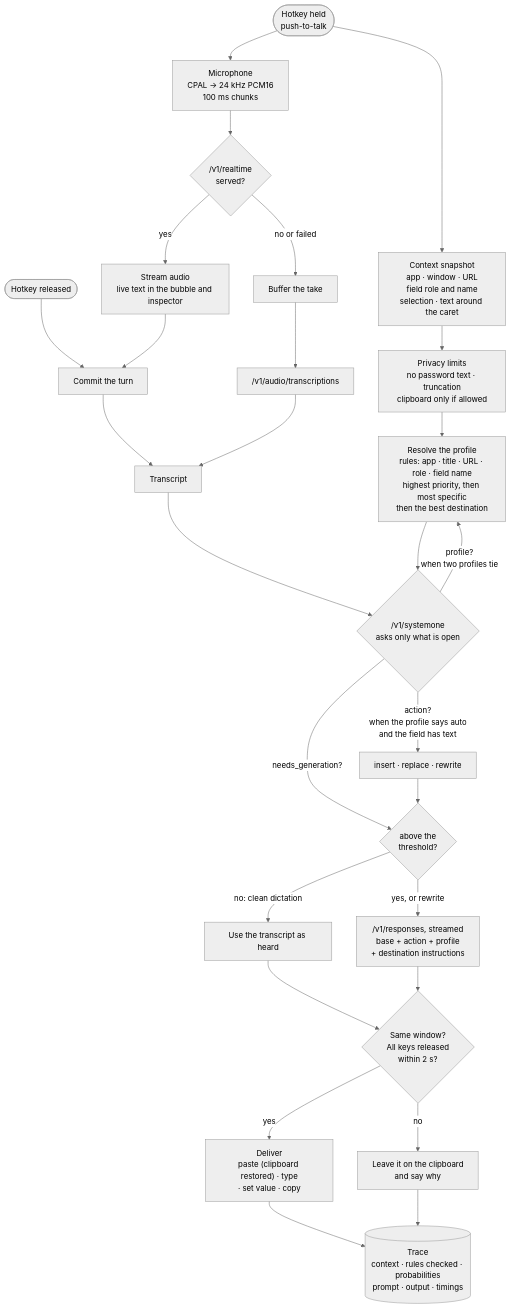
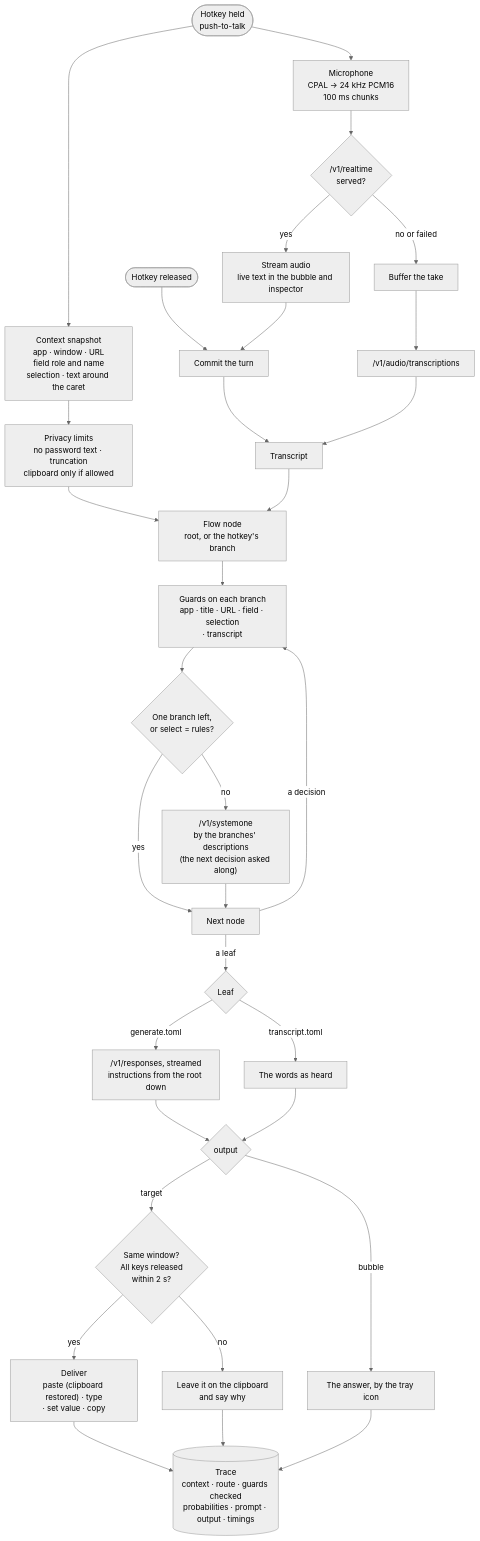
One commit to zojeda/jevons-rs changed the first of 2 diagrams in crates/jevons-desktop/README.md. Above: the diagram before and after it, drawn with Mermaid (neutral theme). The commit also changed other lines of this file and 35 other files, not shown here.

````diff
--- a/crates/jevons-desktop/README.md
+++ b/crates/jevons-desktop/README.md
@@ -31,37 +31,40 @@
 ```mermaid
 flowchart TD
     press(["Hotkey held<br/>push-to-talk"])
     press --> snapshot["Context snapshot<br/>app · window · URL<br/>field role and name<br/>selection · text around the caret"]
     press --> mic["Microphone<br/>CPAL → 24 kHz PCM16<br/>100 ms chunks"]
 
     snapshot --> privacy["Privacy limits<br/>no password text · truncation<br/>clipboard only if allowed"]
 
     mic --> realtime{"/v1/realtime<br/>served?"}
     realtime -- yes --> stream["Stream audio<br/>live text in the bubble and inspector"]
     realtime -- "no or failed" --> buffer["Buffer the take"]
     release(["Hotkey released"]) --> commit
     stream --> commit["Commit the turn"]
     buffer --> upload["/v1/audio/transcriptions"]
     commit --> transcript["Transcript"]
     upload --> transcript
 
-    privacy --> resolve["Resolve the profile<br/>rules: app · title · URL · role · field name<br/>highest priority, then most specific<br/>then the best destination"]
-    transcript --> decide
-    resolve --> decide{"/v1/systemone<br/>asks only what is open"}
+    privacy --> node
+    transcript --> node["Flow node<br/>root, or the hotkey's branch"]
+    node --> guards["Guards on each branch<br/>app · title · URL · field · selection<br/>· transcript"]
+    guards --> choose{"One branch left,<br/>or select = rules?"}
+    choose -- yes --> next["Next node"]
+    choose -- "no" --> systemone["/v1/systemone<br/>by the branches' descriptions<br/>(the next decision asked along)"]
+    systemone --> next
+    next -- "a decision" --> guards
+    next -- "a leaf" --> leaf{"Leaf"}
 
-    decide -- "action?<br/>when the profile says auto<br/>and the field has text" --> action["insert · replace · rewrite"]
-    decide -- "needs_generation?" --> needs{"above the<br/>threshold?"}
-    decide -- "profile?<br/>when two profiles tie" --> resolve
-
-    action --> needs
-    needs -- "no: clean dictation" --> raw["Use the transcript as heard"]
-    needs -- "yes, or rewrite" --> generate["/v1/responses, streamed<br/>base + action + profile<br/>+ destination instructions"]
-
-    raw --> safe
-    generate --> safe{"Same window?<br/>All keys released<br/>within 2 s?"}
+    leaf -- "generate.toml" --> generate["/v1/responses, streamed<br/>instructions from the root down"]
+    leaf -- "transcript.toml" --> raw["The words as heard"]
+    generate --> output{"output"}
+    raw --> output
+    output -- bubble --> bubble["The answer, by the tray icon"]
+    output -- target --> safe{"Same window?<br/>All keys released<br/>within 2 s?"}
     safe -- yes --> deliver["Deliver<br/>paste (clipboard restored) · type<br/>· set value · copy"]
     safe -- no --> clipboard["Leave it on the clipboard<br/>and say why"]
 
-    deliver --> trace[("Trace<br/>context · rules checked · probabilities<br/>prompt · output · timings")]
+    deliver --> trace[("Trace<br/>context · route · guards checked<br/>probabilities · prompt · output · timings")]
     clipboard --> trace
+    bubble --> trace
 ```
````
